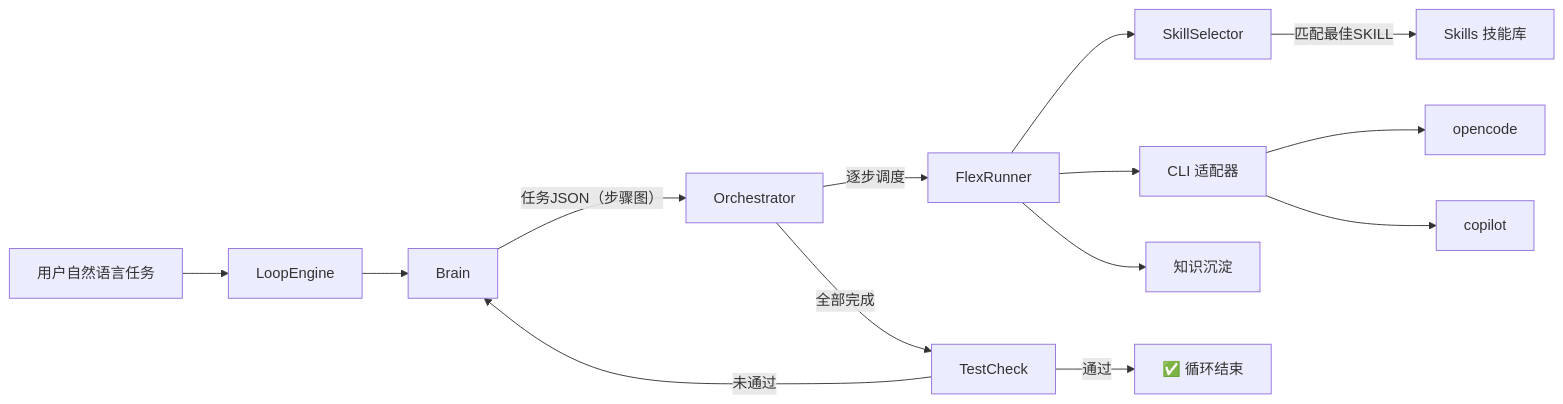
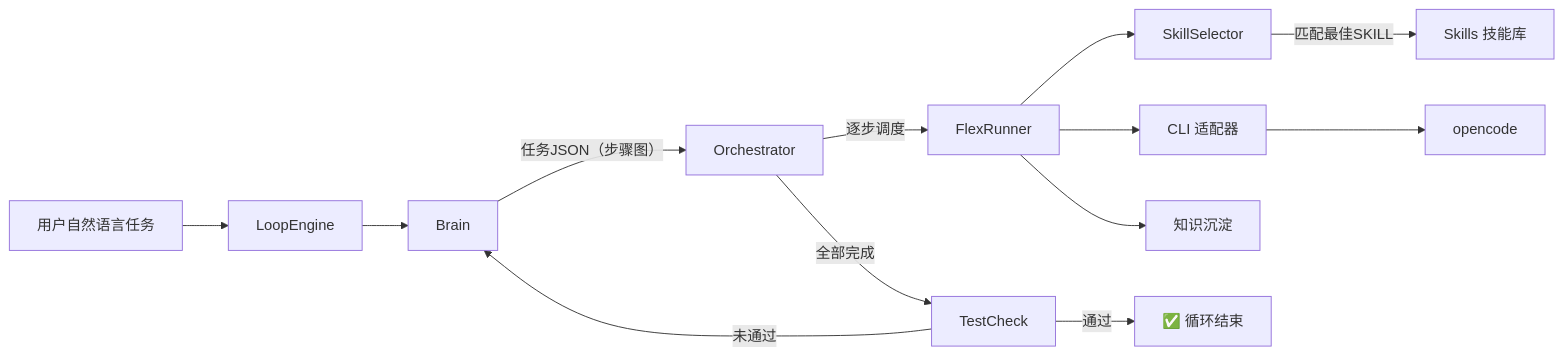
One commit to summer-hub/3rdLibraryLoop changed the diagram in README.md. Above: the diagram before and after it, drawn with Mermaid. The commit also changed other lines of this file and 11 other files, not shown here.

````diff
--- a/README.md
+++ b/README.md
@@ -86,16 +86,15 @@
 ```mermaid
 flowchart LR
     User["用户自然语言任务"] --> LoopEngine
     LoopEngine --> Brain
     Brain -->|"任务JSON（步骤图）"| Orchestrator
     Orchestrator -->|"逐步调度"| FlexRunner
     FlexRunner --> SkillSelector
     SkillSelector -->|"匹配最佳SKILL"| Skills["Skills 技能库"]
     FlexRunner --> CLI["CLI 适配器"]
     CLI --> opencode["opencode"]
-    CLI --> copilot["copilot"]
     Orchestrator -->|"全部完成"| TestCheck
     TestCheck -->|"通过"| Done["✅ 循环结束"]
     TestCheck -->|"未通过"| Brain
     FlexRunner --> Knowledge["知识沉淀"]
 ```
````
